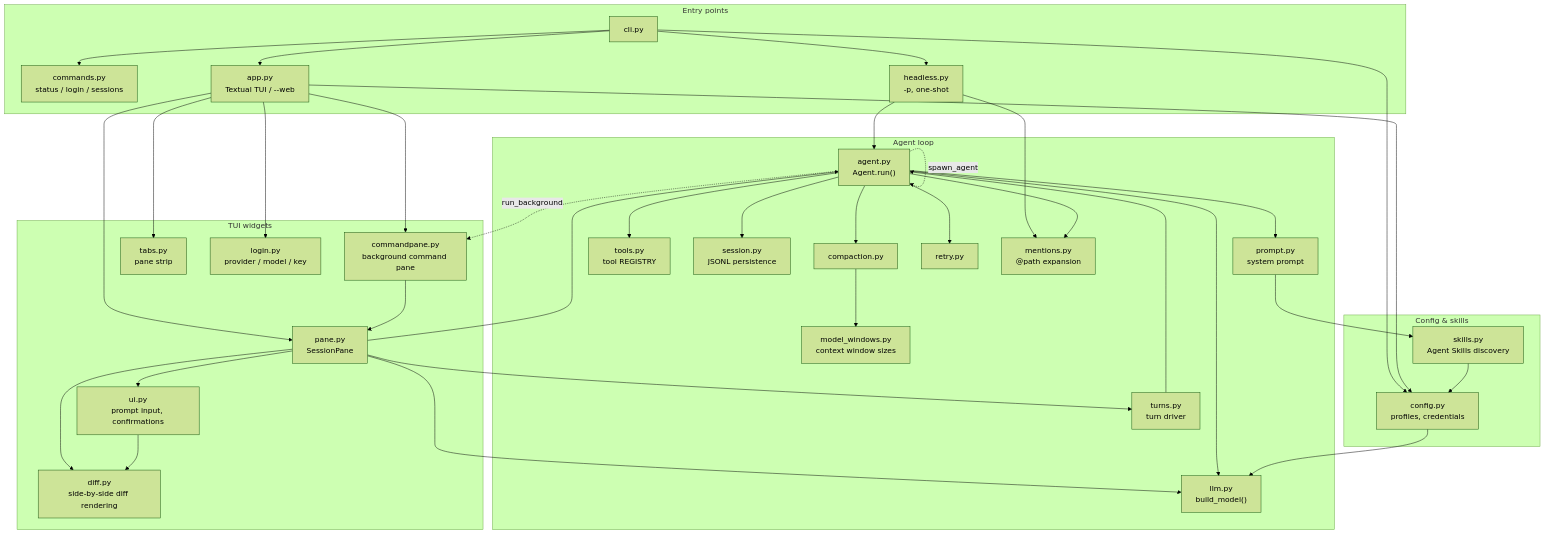
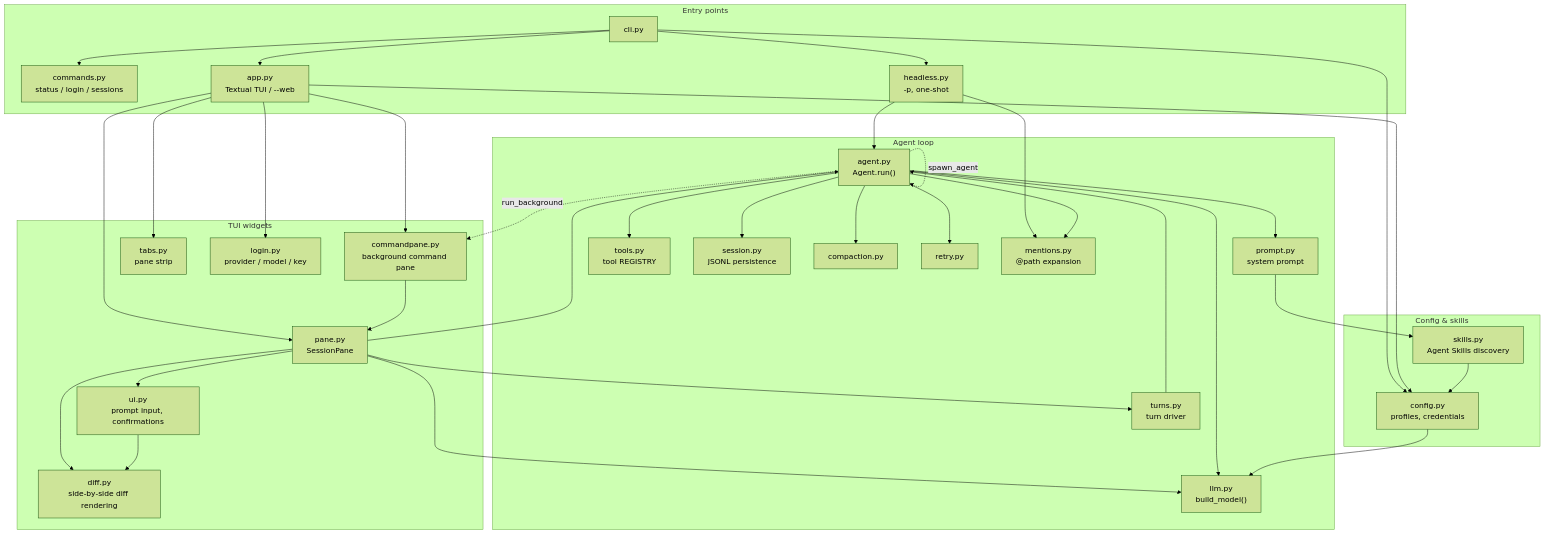
The diagram in README.md (aisk/paimon), drawn with Mermaid (forest theme) before and after one commit. The commit also changed 12 other files, not shown here.

Commit message:
♻️ Take context windows from pydantic-ai instead of a generated table

````diff
--- a/README.md
+++ b/README.md
@@ -117,76 +117,74 @@
 ```mermaid
 flowchart TD
     subgraph entry["Entry points"]
         CLI["cli.py"]
         Commands["commands.py<br/>status / login / sessions"]
         Headless["headless.py<br/>-p, one-shot"]
         App["app.py<br/>Textual TUI / --web"]
     end
 
     subgraph tui["TUI widgets"]
         Pane["pane.py<br/>SessionPane"]
         CommandPane["commandpane.py<br/>background command pane"]
         Tabs["tabs.py<br/>pane strip"]
         Login["login.py<br/>provider / model / key"]
         UIWidgets["ui.py<br/>prompt input, confirmations"]
         Diff["diff.py<br/>side-by-side diff rendering"]
     end
 
     subgraph core["Agent loop"]
         AgentLoop["agent.py<br/>Agent.run()"]
         LLM["llm.py<br/>build_model()"]
         PromptMod["prompt.py<br/>system prompt"]
         ToolsMod["tools.py<br/>tool REGISTRY"]
         SessionMod["session.py<br/>JSONL persistence"]
         Compaction["compaction.py"]
-        ModelWindows["model_windows.py<br/>context window sizes"]
         Retry["retry.py"]
         Mentions["mentions.py<br/>@path expansion"]
         Jobs["turns.py<br/>turn driver"]
     end
 
     subgraph support["Config & skills"]
         Config["config.py<br/>profiles, credentials"]
         Skills["skills.py<br/>Agent Skills discovery"]
     end
 
     CLI --> Commands
     CLI --> Headless
     CLI --> App
     CLI --> Config
 
     Headless --> AgentLoop
     Headless --> Mentions
 
     App --> Pane
     App --> CommandPane
     App --> Tabs
     App --> Login
     App --> Config
 
     Pane --> Jobs
     Pane --> AgentLoop
     Pane --> Diff
     Pane --> UIWidgets
     Pane --> LLM
     CommandPane --> Pane
     UIWidgets --> Diff
 
     AgentLoop --> LLM
     AgentLoop --> PromptMod
     AgentLoop --> ToolsMod
     AgentLoop --> SessionMod
     AgentLoop --> Compaction
     AgentLoop --> Retry
     AgentLoop --> Mentions
     AgentLoop -. "spawn_agent" .-> AgentLoop
     AgentLoop -. "run_background" .-> CommandPane
 
     PromptMod --> Skills
-    Compaction --> ModelWindows
 
     Jobs --> AgentLoop
 
     Skills --> Config
     Config --> LLM
 ```
````
